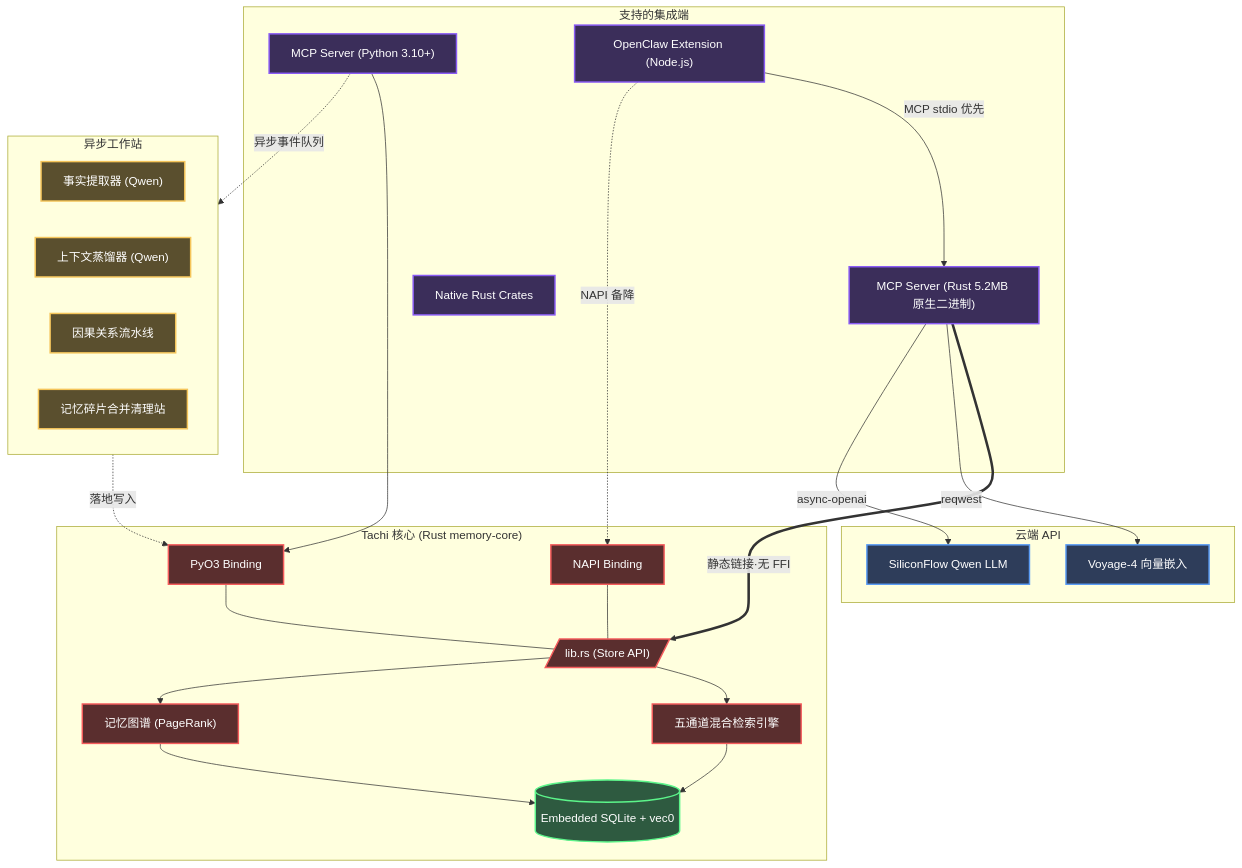
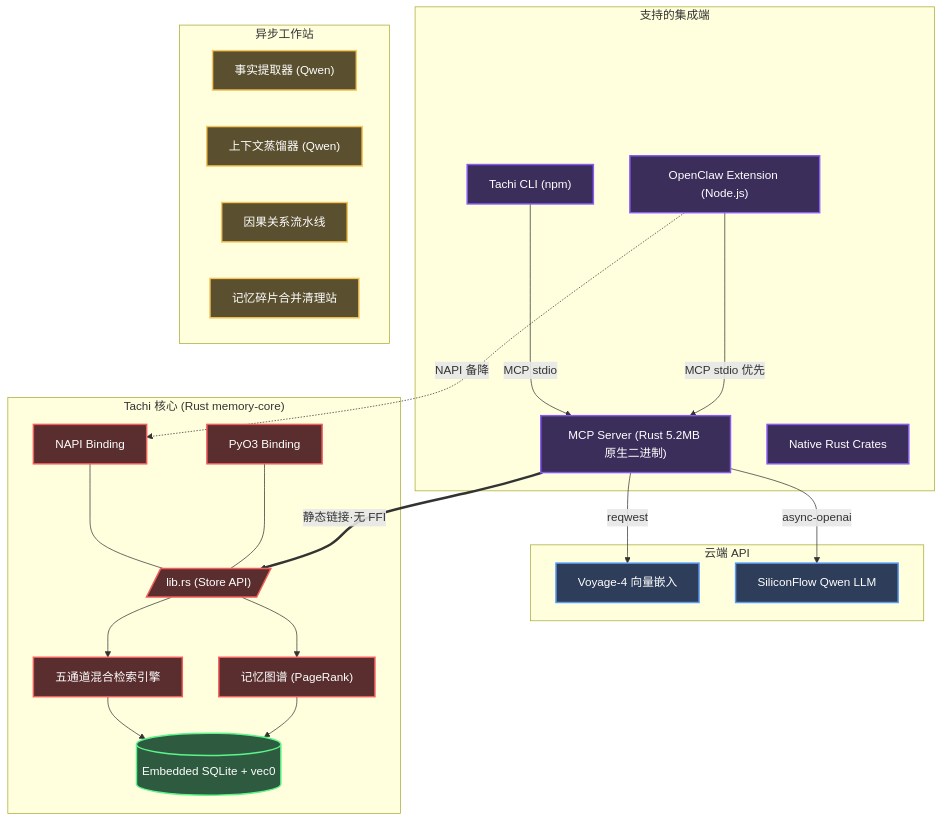
The diagram in README.zh-CN.md (kckylechen1/tachi), drawn with Mermaid before and after one commit. The commit also changed other lines of this file and 4 other files, not shown here.

````diff
--- a/README.zh-CN.md
+++ b/README.zh-CN.md
@@ -207,56 +219,54 @@
 ```mermaid
 graph TD
     subgraph Clients["支持的集成端"]
-        MCP["MCP Server (Python 3.10+)"]
+        CLI["Tachi CLI (npm)"]
         RMCP["MCP Server (Rust 5.2MB 原生二进制)"]
         OC["OpenClaw Extension (Node.js)"]
         NATIVE["Native Rust Crates"]
     end
 
     subgraph Cloud["云端 API"]
         VOYAGE["Voyage-4 向量嵌入"]
         SILICON["SiliconFlow Qwen LLM"]
     end
 
     subgraph Operations["异步工作站"]
         EXTRACT["事实提取器 (Qwen)"]
         DISTILL["上下文蒸馏器 (Qwen)"]
         CAUSAL["因果关系流水线"]
         CONSOLIDATE["记忆碎片合并清理站"]
     end
 
     subgraph Core["Tachi 核心 (Rust memory-core)"]
         NAPI["NAPI Binding"]
         PYO3["PyO3 Binding"]
 
         NAPI --- LIB[/"lib.rs (Store API)"/]
         PYO3 --- LIB
 
         LIB --> SEARCH["五通道混合检索引擎"]
         LIB --> GRAPH["记忆图谱 (PageRank)"]
 
         SEARCH --> SQLITE[("Embedded SQLite + vec0")]
         GRAPH --> SQLITE
     end
 
     RMCP ==>|"静态链接·无 FFI"| LIB
     RMCP -->|"reqwest"| VOYAGE
     RMCP -->|"async-openai"| SILICON
-    MCP --> PYO3
+    CLI -->|"MCP stdio"| RMCP
     OC -->|"MCP stdio 优先"| RMCP
     OC -.->|"NAPI 备降"| NAPI
-    MCP -.->|"异步事件队列"| Operations
-    Operations -.->|"落地写入"| PYO3
 
     classDef client fill:#3b2e5a,stroke:#8a5cf5,stroke-width:2px,color:#fff;
     classDef cloud fill:#2e3d5a,stroke:#5a9cf5,stroke-width:2px,color:#fff;
     classDef worker fill:#5a4f2e,stroke:#f5c55a,stroke-width:2px,color:#fff;
     classDef rust fill:#5a2e2e,stroke:#f55c5c,stroke-width:2px,color:#fff;
     classDef db fill:#2e5a40,stroke:#5cf58a,stroke-width:2px,color:#fff;
 
-    class MCP,RMCP,OC,NATIVE client;
+    class CLI,RMCP,OC,NATIVE client;
     class VOYAGE,SILICON cloud;
     class EXTRACT,DISTILL,CAUSAL,CONSOLIDATE worker;
     class NAPI,PYO3,LIB,SEARCH,GRAPH rust;
     class SQLITE db;
 ```
````
